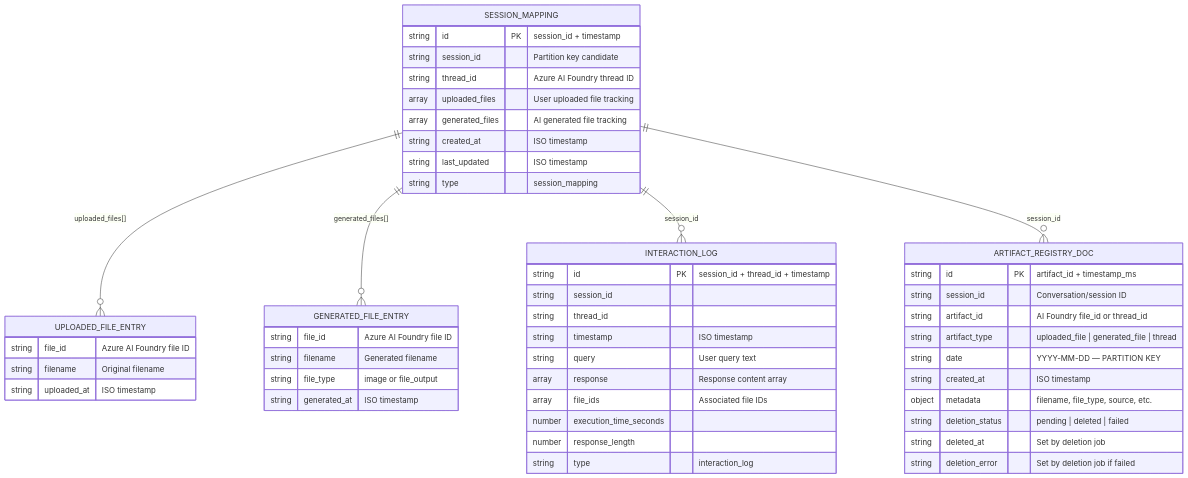
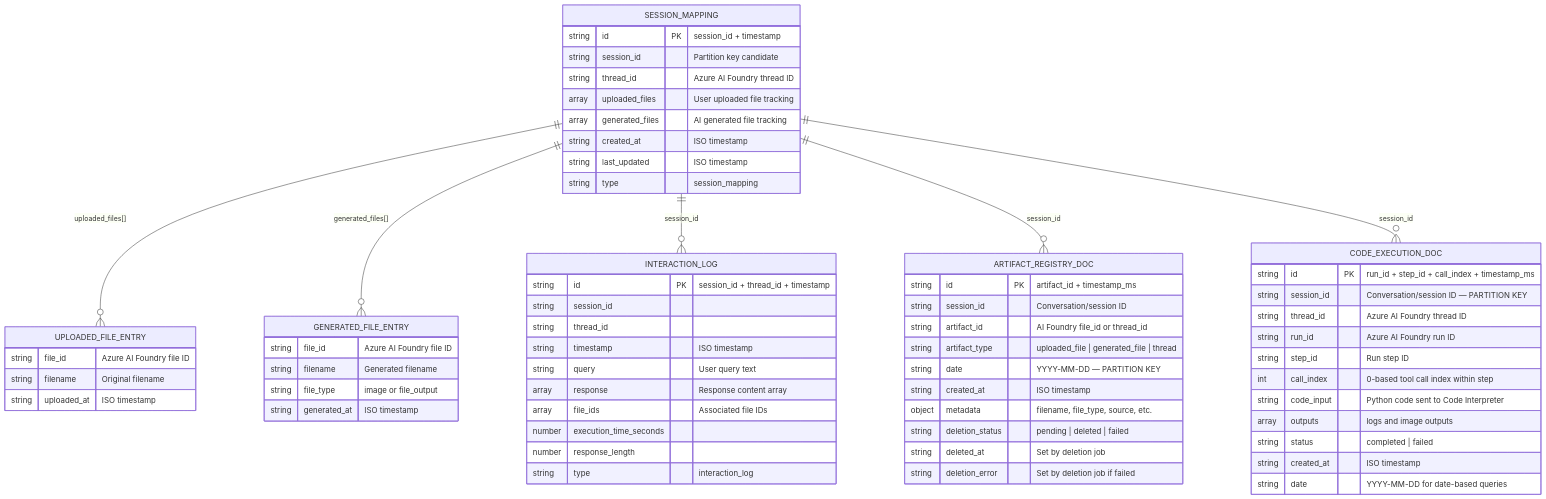
Before and after one commit to sarahselwadi/data-analyst-agent: the tenth of 12 diagrams in architecture_diagram.md, drawn with Mermaid. The commit also changed 3 other files, not shown here.

````diff
--- a/architecture_diagram.md
+++ b/architecture_diagram.md
@@ -515,57 +515,72 @@
 ```mermaid
 erDiagram
     SESSION_MAPPING {
         string id PK "session_id + timestamp"
         string session_id "Partition key candidate"
         string thread_id "Azure AI Foundry thread ID"
         array uploaded_files "User uploaded file tracking"
         array generated_files "AI generated file tracking"
         string created_at "ISO timestamp"
         string last_updated "ISO timestamp"
         string type "session_mapping"
     }
 
     UPLOADED_FILE_ENTRY {
         string file_id "Azure AI Foundry file ID"
         string filename "Original filename"
         string uploaded_at "ISO timestamp"
     }
 
     GENERATED_FILE_ENTRY {
         string file_id "Azure AI Foundry file ID"
         string filename "Generated filename"
         string file_type "image or file_output"
         string generated_at "ISO timestamp"
     }
 
     ARTIFACT_REGISTRY_DOC {
         string id PK "artifact_id + timestamp_ms"
         string session_id "Conversation/session ID"
         string artifact_id "AI Foundry file_id or thread_id"
         string artifact_type "uploaded_file | generated_file | thread"
         string date "YYYY-MM-DD — PARTITION KEY"
         string created_at "ISO timestamp"
         object metadata "filename, file_type, source, etc."
         string deletion_status "pending | deleted | failed"
         string deleted_at "Set by deletion job"
         string deletion_error "Set by deletion job if failed"
     }
 
+    CODE_EXECUTION_DOC {
+        string id PK "run_id + step_id + call_index + timestamp_ms"
+        string session_id "Conversation/session ID — PARTITION KEY"
+        string thread_id "Azure AI Foundry thread ID"
+        string run_id "Azure AI Foundry run ID"
+        string step_id "Run step ID"
+        int call_index "0-based tool call index within step"
+        string code_input "Python code sent to Code Interpreter"
+        array outputs "logs and image outputs"
+        string status "completed | failed"
+        string created_at "ISO timestamp"
+        string date "YYYY-MM-DD for date-based queries"
+    }
+
     INTERACTION_LOG {
         string id PK "session_id + thread_id + timestamp"
         string session_id
         string thread_id
         string timestamp "ISO timestamp"
         string query "User query text"
         array response "Response content array"
         array file_ids "Associated file IDs"
         number execution_time_seconds
         number response_length
         string type "interaction_log"
     }
 
     SESSION_MAPPING ||--o{ UPLOADED_FILE_ENTRY : "uploaded_files[]"
     SESSION_MAPPING ||--o{ GENERATED_FILE_ENTRY : "generated_files[]"
     SESSION_MAPPING ||--o{ INTERACTION_LOG : "session_id"
     SESSION_MAPPING ||--o{ ARTIFACT_REGISTRY_DOC : "session_id"
+    SESSION_MAPPING ||--o{ CODE_EXECUTION_DOC : "session_id"
 ```
````
